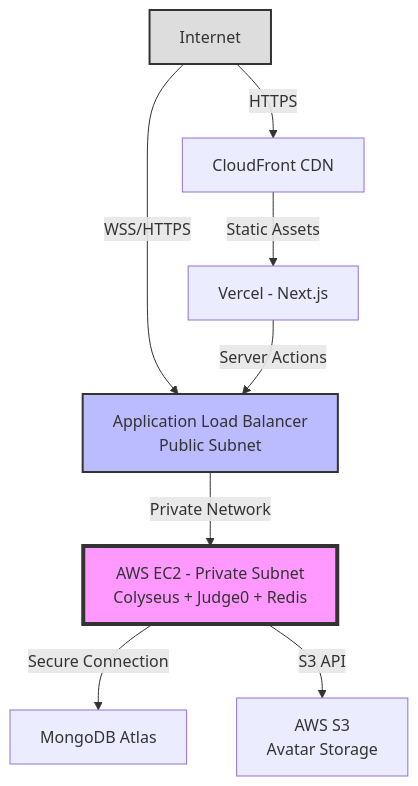
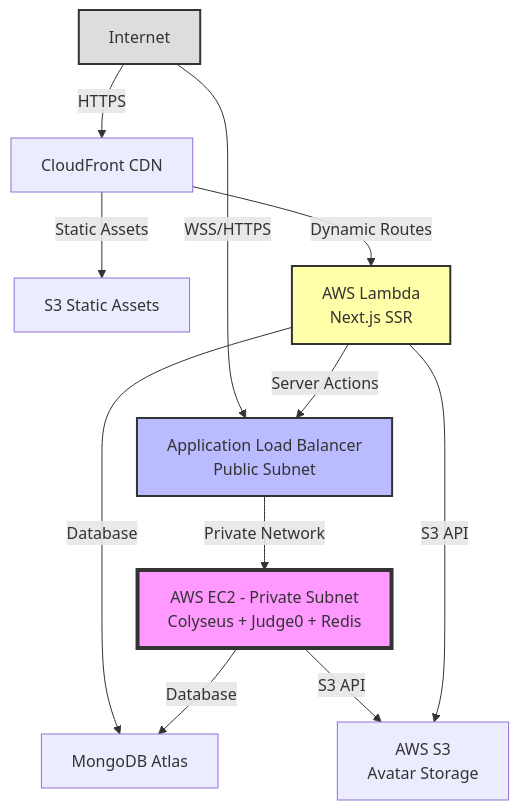
The third of 3 diagrams in README.md (rishabhvenu/LeetBattle), drawn with Mermaid before and after one commit. The commit also changed other lines of this file and 1 other file, not shown here.

First line of the commit message:
Update production architecture: CloudFront + Lambda for frontend

````diff
--- a/README.md
+++ b/README.md
@@ -423,16 +423,20 @@
 ```mermaid
 graph TB
     Internet[Internet] -->|HTTPS| CF[CloudFront CDN]
-    CF -->|Static Assets| Vercel[Vercel - Next.js]
+    CF -->|Static Assets| S3Static[S3 Static Assets]
+    CF -->|Dynamic Routes| Lambda[AWS Lambda<br/>Next.js SSR]
     
     Internet -->|WSS/HTTPS| ALB[Application Load Balancer<br/>Public Subnet]
     ALB -->|Private Network| EC2[AWS EC2 - Private Subnet<br/>Colyseus + Judge0 + Redis]
     
-    Vercel -->|Server Actions| ALB
-    EC2 -->|Secure Connection| Atlas[MongoDB Atlas]
-    EC2 -->|S3 API| S3[AWS S3<br/>Avatar Storage]
+    Lambda -->|Server Actions| ALB
+    Lambda -->|Database| Atlas[MongoDB Atlas]
+    EC2 -->|Database| Atlas
+    EC2 -->|S3 API| S3Avatars[AWS S3<br/>Avatar Storage]
+    Lambda -->|S3 API| S3Avatars
     
     style EC2 fill:#f9f,stroke:#333,stroke-width:4px
     style ALB fill:#bbf,stroke:#333,stroke-width:2px
+    style Lambda fill:#ffa,stroke:#333,stroke-width:2px
     style Internet fill:#ddd,stroke:#333,stroke-width:2px
 ```
````
